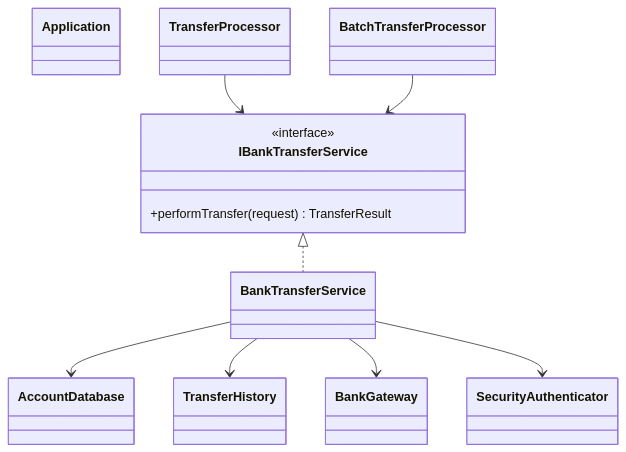
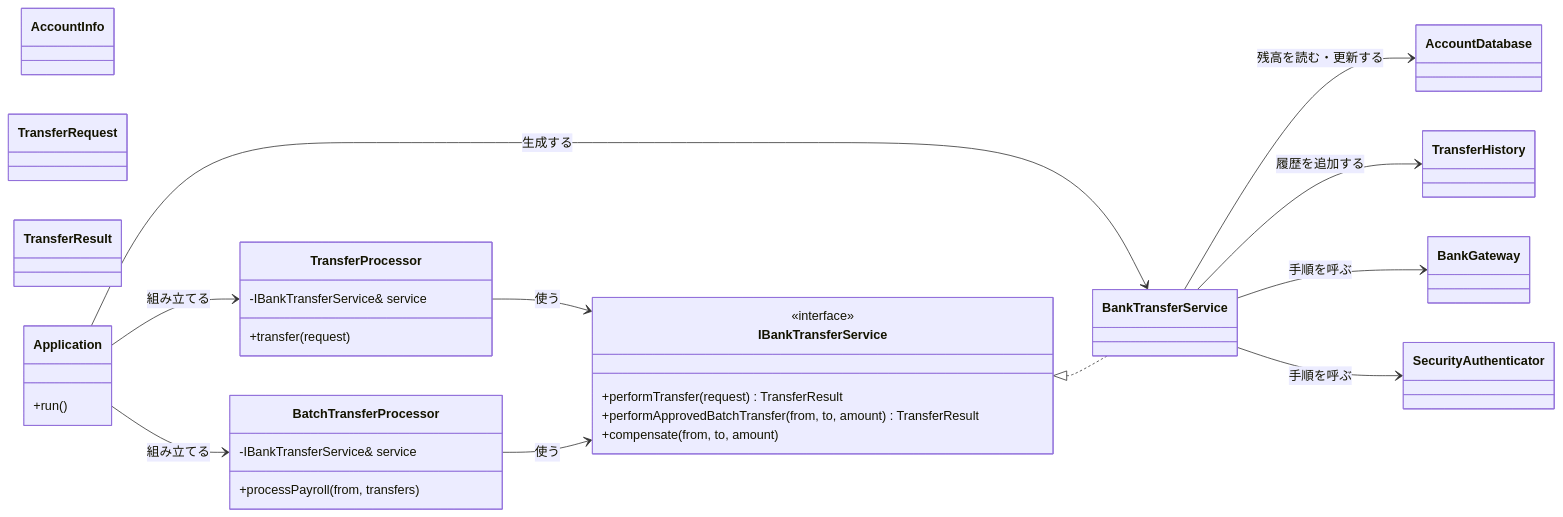
One commit to kumachan1101-pixel/DesignPattern changed the seventh of 11 diagrams in kindle/design-patterns/output/chapter02.md. Above: the diagram before and after it, drawn with Mermaid. The commit also changed other lines of this file and 1 other file, not shown here.

````diff
--- a/kindle/design-patterns/output/chapter02.md
+++ b/kindle/design-patterns/output/chapter02.md
@@ -1765,22 +1816,43 @@
 ```mermaid
 classDiagram
-    class Application
-    class TransferProcessor
-    class BatchTransferProcessor
-    class IBankTransferService {
-        <<interface>>
-        +performTransfer(request) TransferResult
-    }
-    class BankTransferService
+    direction LR
+    class AccountInfo
+    class TransferRequest
+    class TransferResult
     class AccountDatabase
     class TransferHistory
     class BankGateway
     class SecurityAuthenticator
-    TransferProcessor --> IBankTransferService
-    BatchTransferProcessor --> IBankTransferService
+    class Application {
+        +run()
+    }
+    class TransferProcessor {
+        -IBankTransferService& service
+        +transfer(request)
+    }
+    class BatchTransferProcessor {
+        -IBankTransferService& service
+        +processPayroll(from, transfers)
+    }
+    class IBankTransferService {
+        <<interface>>
+        +performTransfer(request) TransferResult
+        +performApprovedBatchTransfer(from, to, amount) TransferResult
+        +compensate(from, to, amount)
+    }
+    class BankTransferService
+
+    Application --> BankTransferService : 生成する
+    Application --> TransferProcessor : 組み立てる
+    Application --> BatchTransferProcessor : 組み立てる
+    TransferProcessor --> IBankTransferService : 使う
+    BatchTransferProcessor --> IBankTransferService : 使う
     IBankTransferService <|.. BankTransferService
-    BankTransferService --> AccountDatabase
-    BankTransferService --> TransferHistory
-    BankTransferService --> BankGateway
-    BankTransferService --> SecurityAuthenticator
+    BankTransferService --> AccountDatabase : 残高を読む・更新する
+    BankTransferService --> TransferHistory : 履歴を追加する
+    BankTransferService --> BankGateway : 手順を呼ぶ
+    BankTransferService --> SecurityAuthenticator : 手順を呼ぶ
+
+    classDef focus fill:#FFF2CC,stroke:#D6B656,stroke-width:2px,color:#222222
+    cssClass "TransferProcessor,BatchTransferProcessor,IBankTransferService,BankTransferService,Application" focus
 ```
````
